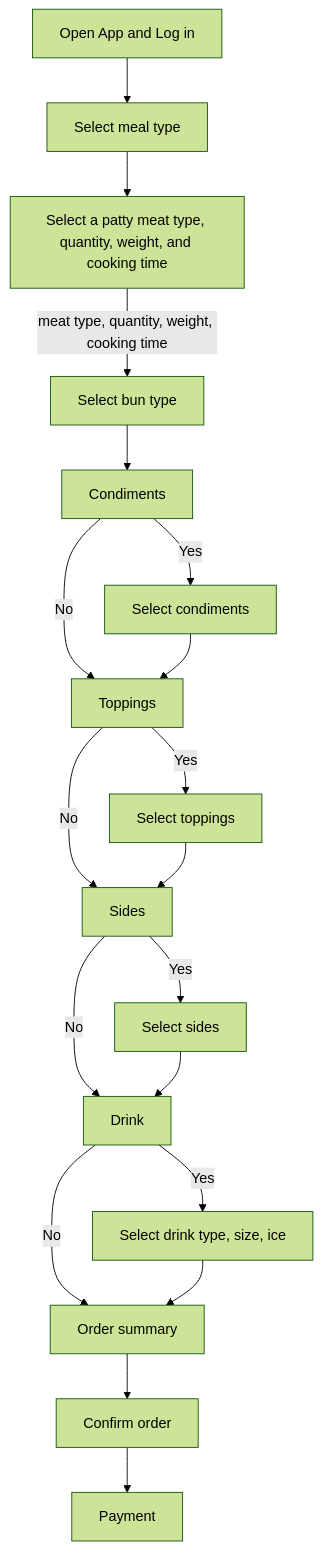
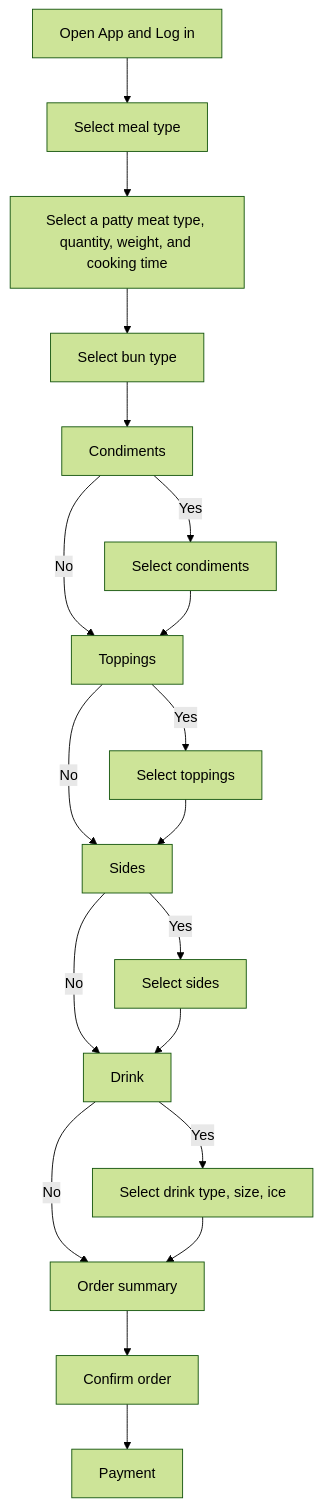
The diagram in student-work/miriam-rosenberg/api-final-project/readme.md (miriam1986/student-showcase), drawn with Mermaid (forest theme) before and after one commit.

````diff
--- a/student-work/miriam-rosenberg/api-final-project/readme.md
+++ b/student-work/miriam-rosenberg/api-final-project/readme.md
@@ -13,23 +13,23 @@
 ```mermaid
 
 flowchart TD
  A[Open App and Log in] --> B[Select meal type]
    B --> C[Select a patty meat type, quantity, weight, and cooking time]
-   C -->|meat type, quantity, weight, cooking time| D[Select bun type]
+   C --> D[Select bun type]
    D --> E[Condiments]
    E -->|No| G[Select toppings]
    E -->|Yes| F[Select condiments]
    F --> G[Toppings]
    G -->|No| I[Sides]
    G -->|Yes| H[Select toppings]
    H --> I[Sides]
    I -->|Yes| J[Select sides]
    I -->|No| K[Drink]
   J --> K[Drink]
   K -->|Yes| L[Select drink type, size, ice]
   K -->|No| M[Order summary]
   L --> M[Order summary]
   M --> N[Confirm order]
   N --> O[Payment]
    
 ```
````
